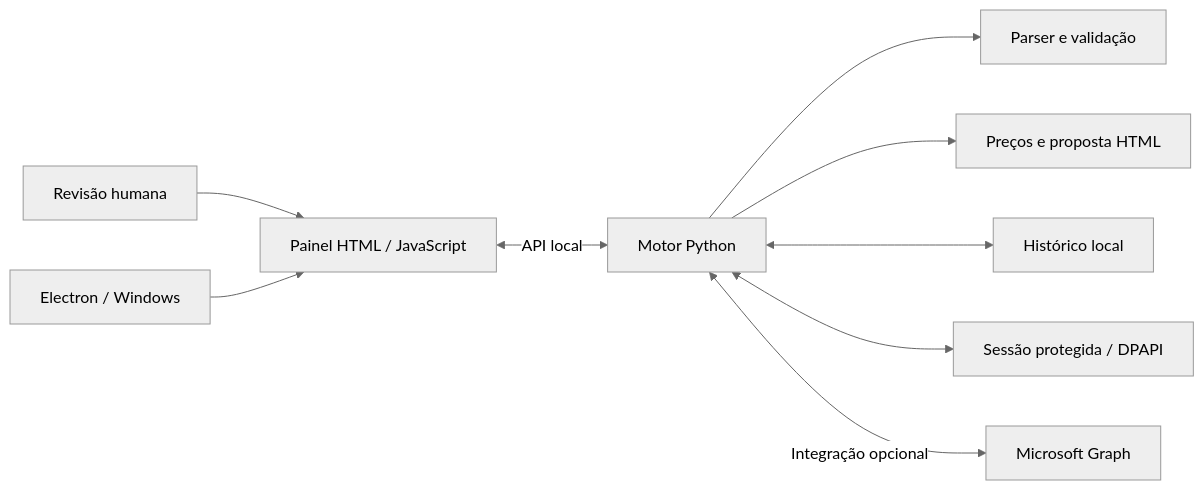
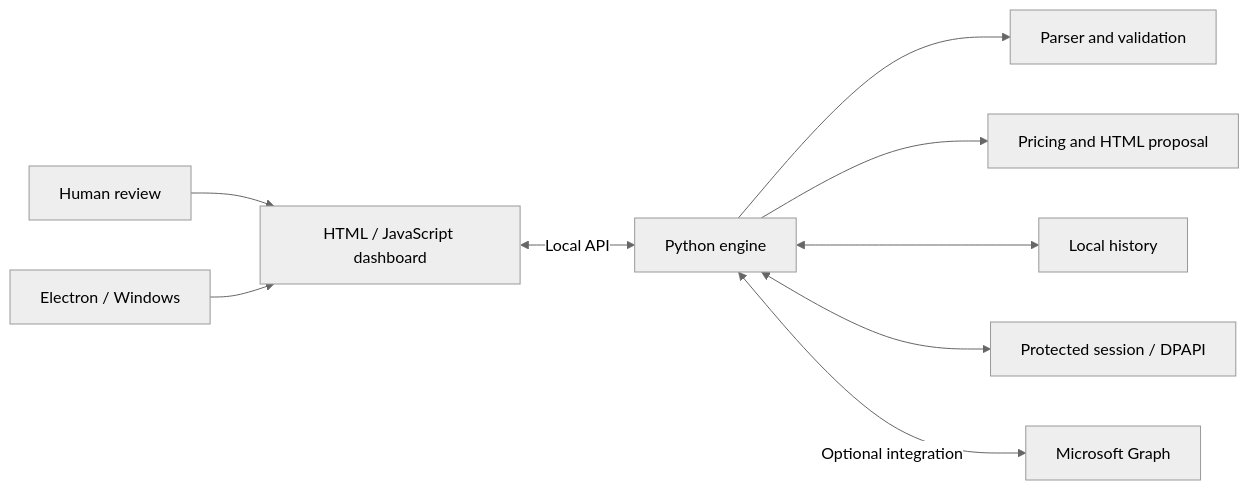
The diagram in README.md (mwistro/renewal-manager), drawn with Mermaid (neutral theme) before and after one commit. The commit also changed other lines of this file and 2 other files, not shown here.

````diff
--- a/README.md
+++ b/README.md
@@ -103,11 +105,11 @@
 ```mermaid
 flowchart LR
-    User[Revisão humana] --> UI[Painel HTML / JavaScript]
+    User[Human review] --> UI[HTML / JavaScript dashboard]
     Desktop[Electron / Windows] --> UI
-    UI <-->|API local| Engine[Motor Python]
-    Engine --> Parser[Parser e validação]
-    Engine --> Proposal[Preços e proposta HTML]
-    Engine <--> State[Histórico local]
-    Engine <--> Vault[Sessão protegida / DPAPI]
-    Engine <-->|Integração opcional| Graph[Microsoft Graph]
+    UI <-->|Local API| Engine[Python engine]
+    Engine --> Parser[Parser and validation]
+    Engine --> Proposal[Pricing and HTML proposal]
+    Engine <--> State[Local history]
+    Engine <--> Vault[Protected session / DPAPI]
+    Engine <-->|Optional integration| Graph[Microsoft Graph]
 ```
````
